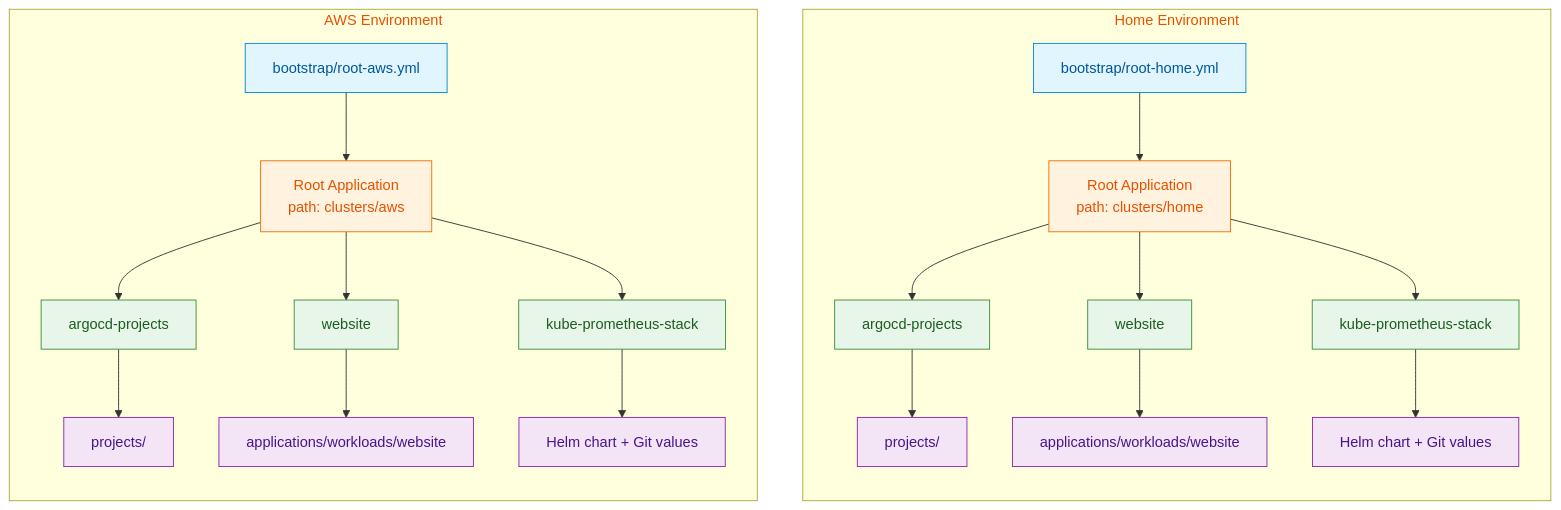
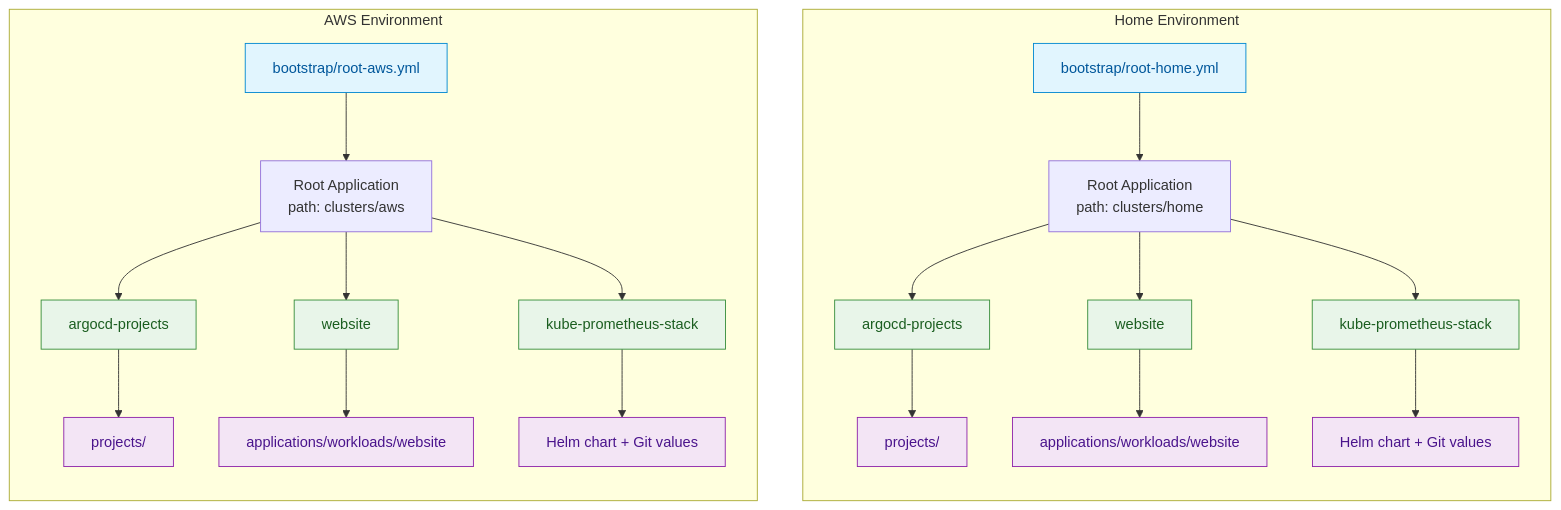
The diagram in README.md (rs235/project-argocd), drawn with Mermaid before and after one commit.

Commit message:
docs: remove flowchart background

````diff
--- a/README.md
+++ b/README.md
@@ -14,46 +14,45 @@
 ``` mermaid
 flowchart TB
     subgraph HOME["Home Environment"]
         direction TB
         H0["bootstrap/root-home.yml"]
         H1["Root Application<br/>path: clusters/home"]
 
         H0 --> H1
 
         H1 --> H2["argocd-projects"]
         H2 --> H3["projects/"]
 
         H1 --> H4["website"]
         H4 --> H5["applications/workloads/website"]
 
         H1 --> H6["kube-prometheus-stack"]
         H6 --> H7["Helm chart + Git values"]
     end
 
     subgraph AWS["AWS Environment"]
         direction TB
         A0["bootstrap/root-aws.yml"]
         A1["Root Application<br/>path: clusters/aws"]
 
         A0 --> A1
 
         A1 --> A2["argocd-projects"]
         A2 --> A3["projects/"]
 
         A1 --> A4["website"]
         A4 --> A5["applications/workloads/website"]
 
         A1 --> A6["kube-prometheus-stack"]
         A6 --> A7["Helm chart + Git values"]
     end
 
     classDef bootstrap fill:#e1f5fe,stroke:#0288d1,color:#01579b
-    classDef root fill:#fff3e0,stroke:#ef6c00,color:#e65100
     classDef app fill:#e8f5e9,stroke:#388e3c,color:#1b5e20
     classDef config fill:#f3e5f5,stroke:#8e24aa,color:#4a148c
 
     class H0,A0 bootstrap
     class H1,A1 root
     class H2,H4,H6,A2,A4,A6 app
     class H3,H5,H7,A3,A5,A7 config
 ```
````
